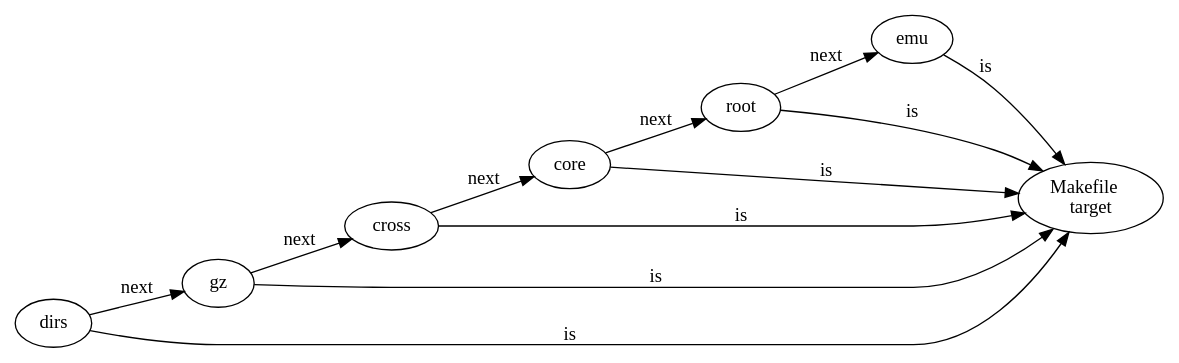
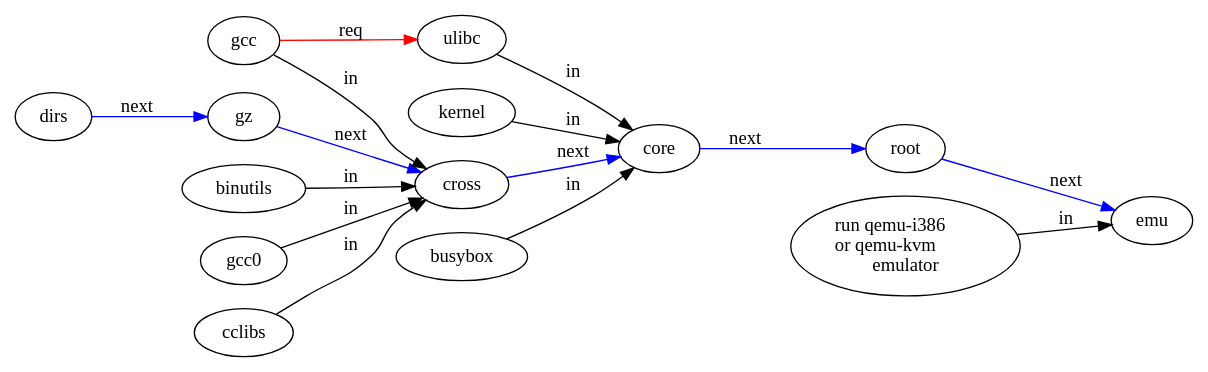
One commit to ponyatov/DLR changed the diagram in doc/cross/01.dot. Above: the diagram before and after it, drawn with Graphviz. The commit also changed 5 other files, not shown here.

```diff
--- a/doc/cross/01.dot
+++ b/doc/cross/01.dot
@@ -1,11 +1,17 @@
 digraph {
     rankdir=LR;
-    dirs -> gz -> cross -> core -> root -> emu [label=next];
-    mk [label="Makefile\ltarget"];
-    dirs -> mk [label=is];
-    gz -> mk [label=is];
-    cross -> mk [label=is];
-    core -> mk [label=is];
-    root -> mk [label=is];
-    emu -> mk [label=is];
+    dirs -> gz -> cross -> core -> root -> emu [label=next,color=blue];
+    gcc0 -> cross [label=in];
+    gcc -> cross [label=in];
+    cclibs -> cross [label=in];
+    binutils -> cross [label=in];
+    
+    kernel -> core [label=in];
+    ulibc -> core [label=in];
+    busybox -> core [label=in];
+
+	"run qemu-i386\lor qemu-kvm\lemulator" -> emu [label=in];
+	
+	gcc -> ulibc [label=req,color=red];
+   
 }
```
